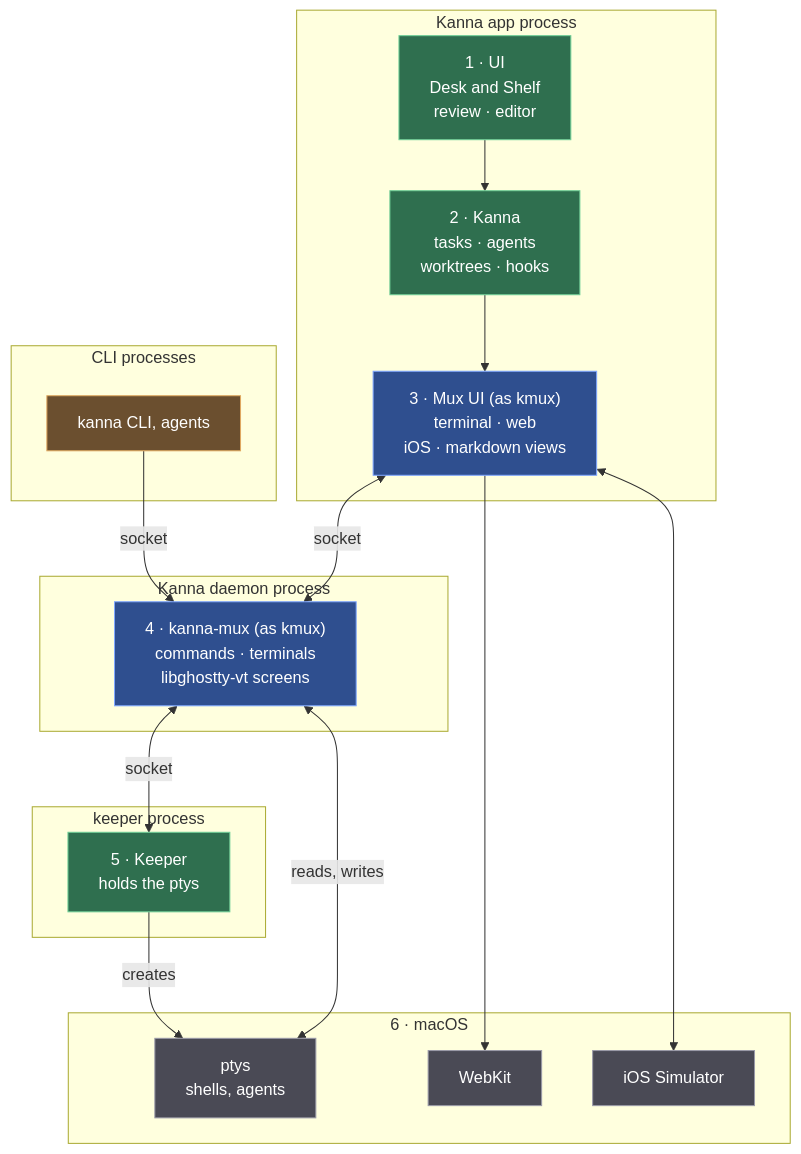
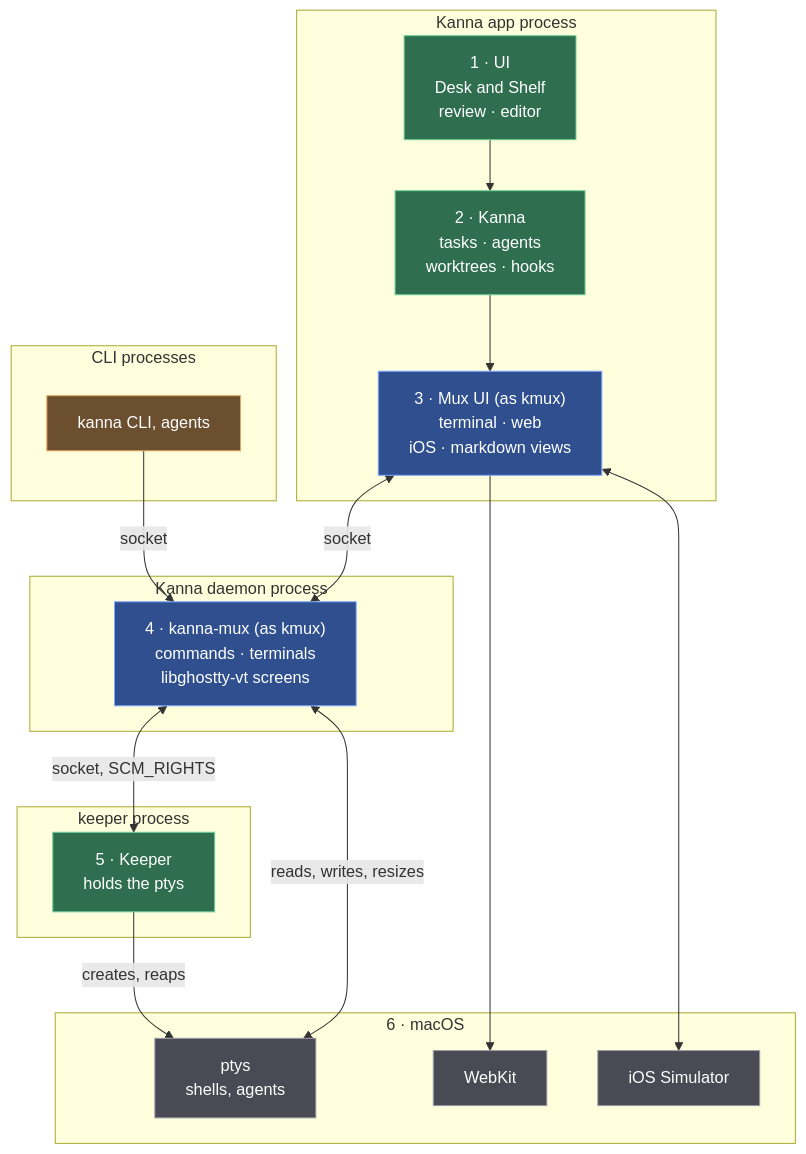
Before and after one commit to jemdiggity/kanna-v4: the third of 9 diagrams in docs/kanna-spec.md, drawn with Mermaid. The commit also changed other lines of this file and 1 other file, not shown here.

Commit message:
Spec and plan: the daemon spawns through the keeper; 0.5 done, M0 complete

````diff
--- a/docs/kanna-spec.md
+++ b/docs/kanna-spec.md
@@ -110,39 +110,39 @@
 ```mermaid
 flowchart TB
     subgraph CLIP["CLI processes"]
         CLI["kanna CLI, agents"]
     end
     subgraph APP["Kanna app process"]
         L1["1 · UI<br/>Desk and Shelf<br/>review · editor"]
         L2["2 · Kanna<br/>tasks · agents<br/>worktrees · hooks"]
         L3["3 · Mux UI (as kmux)<br/>terminal · web<br/>iOS · markdown views"]
         L1 --> L2 --> L3
     end
     subgraph DAEMON["Kanna daemon process"]
         L4["4 · kanna-mux (as kmux)<br/>commands · terminals<br/>libghostty-vt screens"]
     end
     subgraph KEEPER["keeper process"]
         L5["5 · Keeper<br/>holds the ptys"]
     end
     subgraph OS["6 · macOS"]
         PTY["ptys<br/>shells, agents"]
         WK["WebKit"]
         SIM["iOS Simulator"]
     end
     CLI -->|"socket"| L4
     L3 <-->|"socket"| L4
-    L4 <-->|"socket"| L5
-    L5 -->|"creates"| PTY
-    L4 <-->|"reads, writes"| PTY
+    L4 <-->|"socket, SCM_RIGHTS"| L5
+    L5 -->|"creates, reaps"| PTY
+    L4 <-->|"reads, writes, resizes"| PTY
     L3 --> WK
     L3 <--> SIM
     classDef kanna fill:#2f6f4f,stroke:#6fcf97,color:#ffffff
     classDef kmux fill:#2f4f8f,stroke:#7fa7ff,color:#ffffff
     classDef kmuxapp fill:#4f3f7f,stroke:#b39cff,color:#ffffff
     classDef os fill:#4a4a55,stroke:#9a9aa8,color:#ffffff
     classDef ext fill:#6b4f2f,stroke:#e0a960,color:#ffffff
     class L1,L2,L5 kanna
     class L3,L4 kmux
     class PTY,WK,SIM os
     class CLI ext
 ```
````
